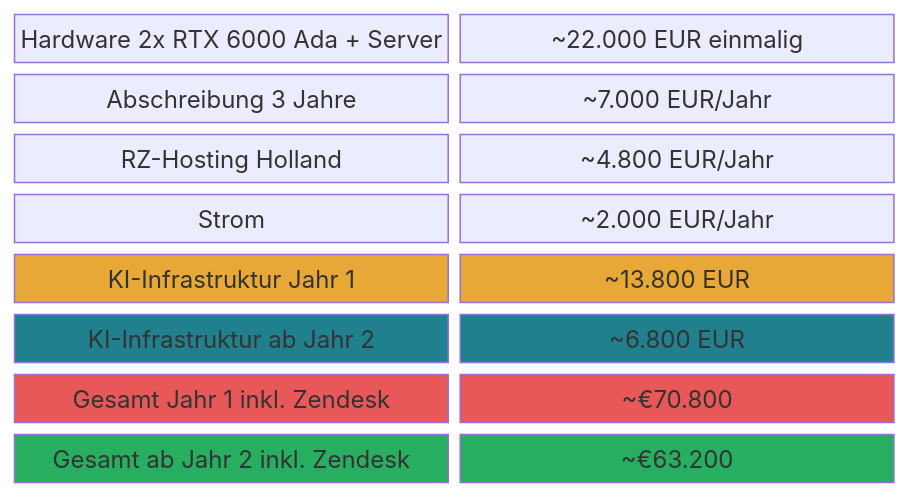
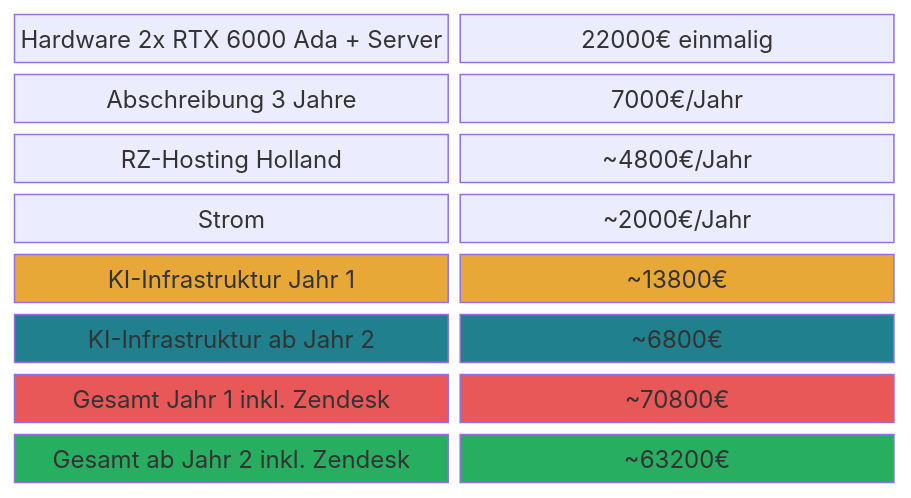
Before and after one commit to tekknix/zendesk-ai: the sixth of 11 diagrams in readme.md, drawn with Mermaid. The commit also changed other lines of this file, not shown here.

````diff
--- a/readme.md
+++ b/readme.md
@@ -113,21 +113,21 @@
 ```mermaid
 block-beta
     columns 2
-    A["Hardware 2x RTX 6000 Ada + Server"]:1 B["~22.000 EUR einmalig"]:1
-    C["Abschreibung 3 Jahre"]:1 D["~7.000 EUR/Jahr"]:1
-    E["RZ-Hosting Holland"]:1 F["~4.800 EUR/Jahr"]:1
-    G["Strom"]:1 H["~2.000 EUR/Jahr"]:1
-    I["KI-Infrastruktur Jahr 1"]:1 J["~13.800 EUR"]:1
-    K["KI-Infrastruktur ab Jahr 2"]:1 L["~6.800 EUR"]:1
-    M["Gesamt Jahr 1 inkl. Zendesk"]:1 N["~€70.800"]:1
-    O["Gesamt ab Jahr 2 inkl. Zendesk"]:1 P["~€63.200"]:1
+    A["Hardware 2x RTX 6000 Ada + Server"]:1 B["22000€ einmalig"]:1
+    C["Abschreibung 3 Jahre"]:1 D["7000€/Jahr"]:1
+    E["RZ-Hosting Holland"]:1 F["~4800€/Jahr"]:1
+    G["Strom"]:1 H["~2000€/Jahr"]:1
+    I["KI-Infrastruktur Jahr 1"]:1 J["~13800€"]:1
+    K["KI-Infrastruktur ab Jahr 2"]:1 L["~6800€"]:1
+    M["Gesamt Jahr 1 inkl. Zendesk"]:1 N["~70800€"]:1
+    O["Gesamt ab Jahr 2 inkl. Zendesk"]:1 P["~63200€"]:1
 
     style I fill:#E8A838,color:#333
     style J fill:#E8A838,color:#333
     style K fill:#20808D,color:#fff
     style L fill:#20808D,color:#fff
     style M fill:#E85858,color:#fff
     style N fill:#E85858,color:#fff
     style O fill:#27AE60,color:#fff
     style P fill:#27AE60,color:#fff
 ```
````
